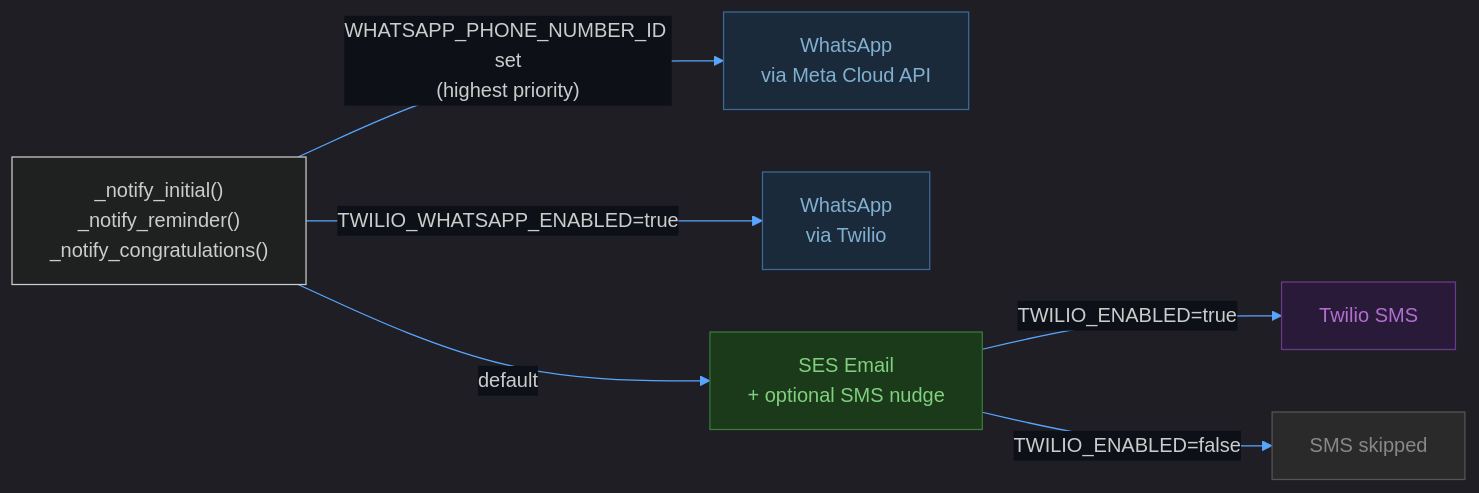
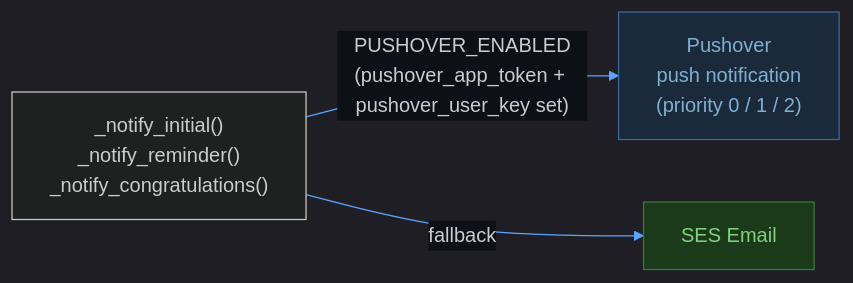
The second of 12 diagrams in docs/architecture.md (baldrickuk/washingmachine-notifications), drawn with Mermaid before and after one commit. The commit also changed other lines of this file and 13 other files, not shown here.

First line of the commit message:
feat: replace Twilio/WhatsApp with Pushover notifications (#4)

````diff
--- a/docs/architecture.md
+++ b/docs/architecture.md
@@ -131,19 +129,12 @@
 ```mermaid
 %%{init: {'theme': 'dark', 'themeVariables': {'primaryColor': '#1e3a5f', 'primaryTextColor': '#c9d1d9', 'primaryBorderColor': '#4a7ab5', 'lineColor': '#58a6ff', 'edgeLabelBackground': '#0d1117'}}}%%
 
 flowchart LR
     DISPATCH["_notify_initial()\n_notify_reminder()\n_notify_congratulations()"]
 
-    DISPATCH -->|"WHATSAPP_PHONE_NUMBER_ID set\n(highest priority)"| WA["WhatsApp\nvia Meta Cloud API"]
-    DISPATCH -->|"TWILIO_WHATSAPP_ENABLED=true"| TWA["WhatsApp\nvia Twilio"]
-    DISPATCH -->|"default"| EMAIL["SES Email\n+ optional SMS nudge"]
+    DISPATCH -->|"PUSHOVER_ENABLED\n(pushover_app_token + pushover_user_key set)"| PO["Pushover\npush notification\n(priority 0 / 1 / 2)"]
+    DISPATCH -->|"fallback"| EMAIL["SES Email"]
 
-    EMAIL -->|"TWILIO_ENABLED=true"| TSMS["Twilio SMS"]
-    EMAIL -->|"TWILIO_ENABLED=false"| NOSMS["SMS skipped"]
-
-    style WA fill:#1a2a3a,stroke:#3a6a9a,color:#80b0d0
-    style TWA fill:#1a2a3a,stroke:#3a6a9a,color:#80b0d0
+    style PO    fill:#1a2a3a,stroke:#3a6a9a,color:#80b0d0
     style EMAIL fill:#1a3a1a,stroke:#3a7a3a,color:#80d080
-    style TSMS fill:#2a1a3a,stroke:#6a3a8a,color:#b070d0
-    style NOSMS fill:#2a2a2a,stroke:#555,color:#888
 ```
````
